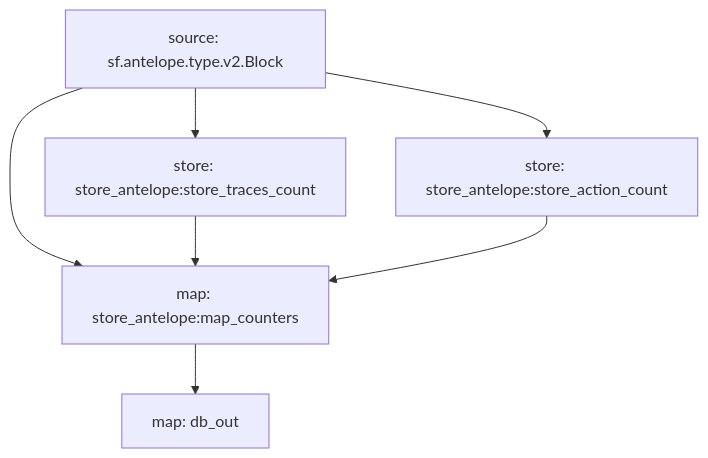
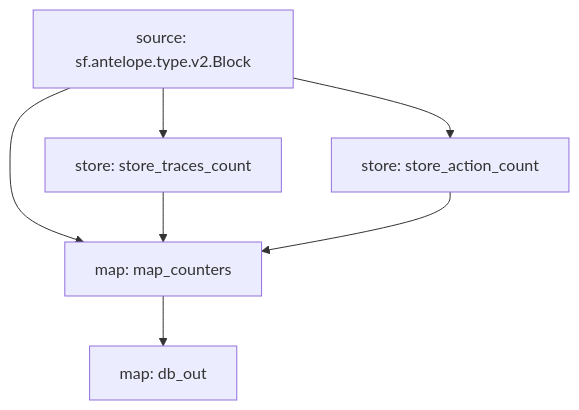
Before and after one commit to pinax-network/subtivity-substreams: the diagram in chains/antelope/README.md, drawn with Mermaid. The commit also changed other lines of this file and 1 other file, not shown here.

````diff
--- a/chains/antelope/README.md
+++ b/chains/antelope/README.md
@@ -11,13 +11,13 @@
 ```mermaid
 graph TD;
+  store_traces_count[store: store_traces_count]
+  sf.antelope.type.v2.Block[source: sf.antelope.type.v2.Block] --> store_traces_count
+  store_action_count[store: store_action_count]
+  sf.antelope.type.v2.Block[source: sf.antelope.type.v2.Block] --> store_action_count
+  map_counters[map: map_counters]
+  sf.antelope.type.v2.Block[source: sf.antelope.type.v2.Block] --> map_counters
+  store_traces_count --> map_counters
+  store_action_count --> map_counters
   db_out[map: db_out]
-  store_antelope:map_counters --> db_out
-  store_antelope:store_traces_count[store: store_antelope:store_traces_count]
-  sf.antelope.type.v2.Block[source: sf.antelope.type.v2.Block] --> store_antelope:store_traces_count
-  store_antelope:store_action_count[store: store_antelope:store_action_count]
-  sf.antelope.type.v2.Block[source: sf.antelope.type.v2.Block] --> store_antelope:store_action_count
-  store_antelope:map_counters[map: store_antelope:map_counters]
-  sf.antelope.type.v2.Block[source: sf.antelope.type.v2.Block] --> store_antelope:map_counters
-  store_antelope:store_traces_count --> store_antelope:map_counters
-  store_antelope:store_action_count --> store_antelope:map_counters
+  map_counters --> db_out
 ```
````
